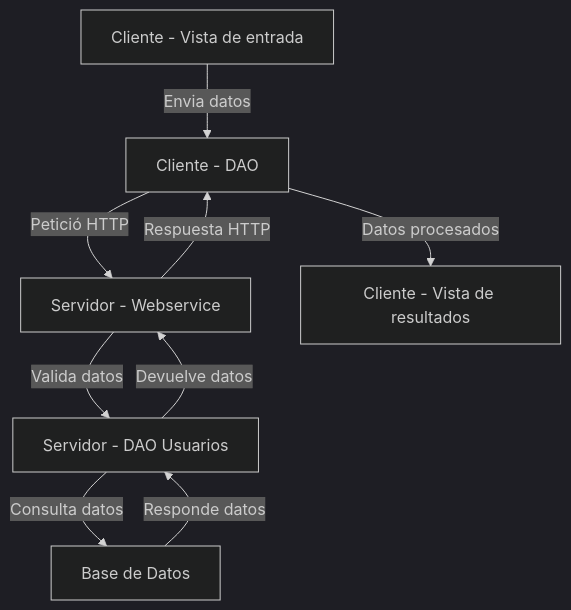
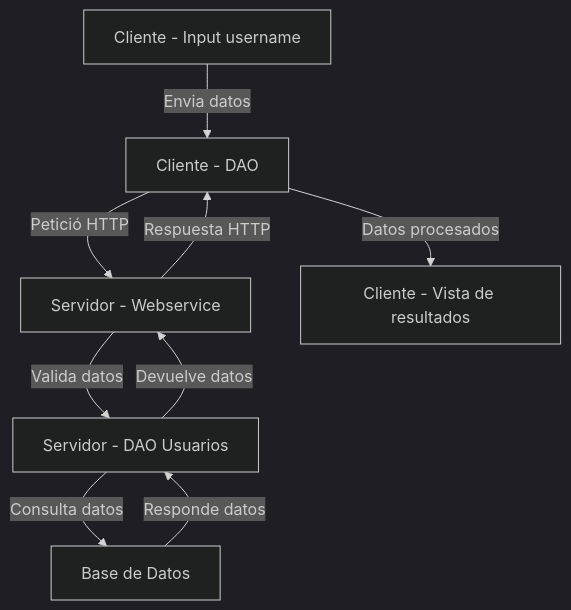
One commit to dmontes901/TapatApp changed the diagram in charts/diagramaPrototip1.mmd. Above: the diagram before and after it, drawn with Mermaid (dark theme).

```diff
--- a/charts/diagramaPrototip1.mmd
+++ b/charts/diagramaPrototip1.mmd
@@ -1,9 +1,9 @@
 flowchart TD
-    A[Cliente - Vista de entrada] -->|Envia datos| B[Cliente - DAO]
+    A[Cliente - Input username] -->|Envia datos| B[Cliente - DAO]
     B -->|Petició HTTP| C[Servidor - Webservice]
     C -->|Valida datos| D[Servidor - DAO Usuarios]
     D -->|Consulta datos| E[Base de Datos]
     E -->|Responde datos| D
     D -->|Devuelve datos| C
     C -->|Respuesta HTTP| B
     B -->|Datos procesados| F[Cliente - Vista de resultados]
```
